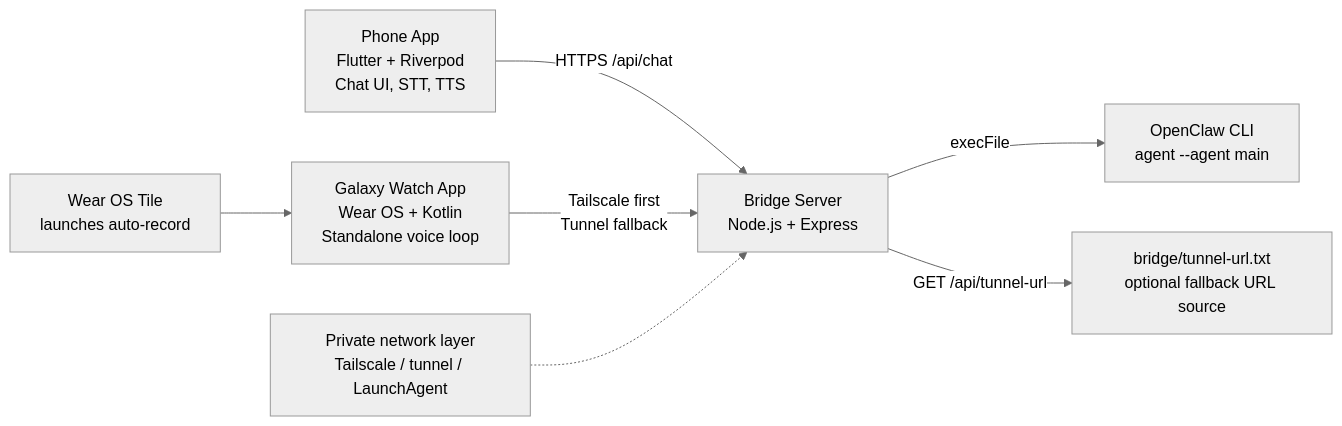
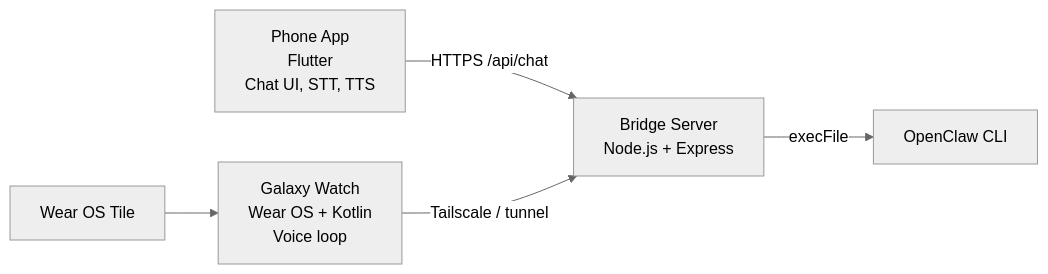
The diagram in README.md (lumatic2/openclaw-voice), drawn with Mermaid (neutral theme) before and after one commit. The commit also changed other lines of this file and 3 other files, not shown here.

````diff
--- a/README.md
+++ b/README.md
@@ -27,9 +28,7 @@
 ```mermaid
 flowchart LR
-  Phone["Phone App<br/>Flutter + Riverpod<br/>Chat UI, STT, TTS"] -->|HTTPS /api/chat| Bridge["Bridge Server<br/>Node.js + Express"]
-  Watch["Galaxy Watch App<br/>Wear OS + Kotlin<br/>Standalone voice loop"] -->|Tailscale first<br/>Tunnel fallback| Bridge
-  Tile["Wear OS Tile<br/>launches auto-record"] --> Watch
-  Bridge -->|execFile| OpenClaw["OpenClaw CLI<br/>agent --agent main"]
-  Bridge -->|GET /api/tunnel-url| Tunnel["bridge/tunnel-url.txt<br/>optional fallback URL source"]
-  Ops["Private network layer<br/>Tailscale / tunnel / LaunchAgent"] -.-> Bridge
+  Phone["Phone App<br/>Flutter<br/>Chat UI, STT, TTS"] -->|HTTPS /api/chat| Bridge["Bridge Server<br/>Node.js + Express"]
+  Watch["Galaxy Watch<br/>Wear OS + Kotlin<br/>Voice loop"] -->|Tailscale / tunnel| Bridge
+  Tile["Wear OS Tile"] --> Watch
+  Bridge -->|execFile| OpenClaw["OpenClaw CLI"]
 ```
````
